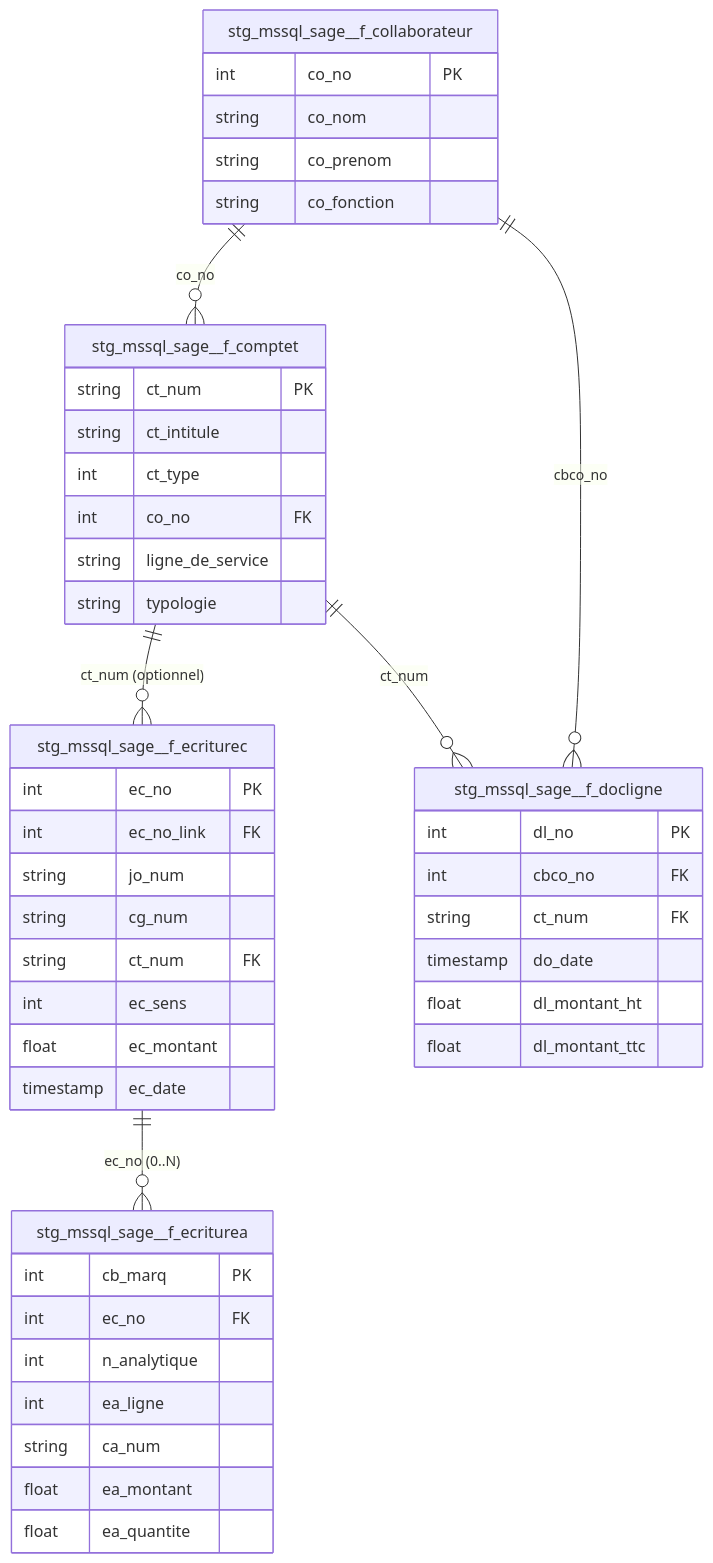
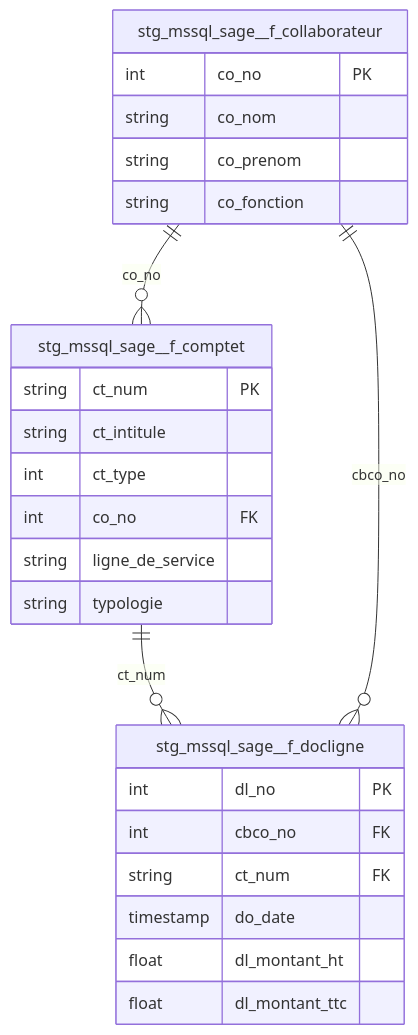
Before and after one commit to CebrailEVS/dbt_transform: the second of 3 diagrams in docs/architecture/mssql_sage.md, drawn with Mermaid. The commit also changed other lines of this file, not shown here.

Commit message:
docs(mssql_sage): split accounting and Nunshen commerce into independent ERDs
The accounting domain (f_ecriturec, f_ecriturea) and the Nunshen commerce
domain (f_comptet, f_collaborateur, f_docligne) share only the Sage source
system, not a functional relationship. The previous diagram incorrectly
suggested a usable FK between f_comptet.ct_num and f_ecriturec.ct_num,
whereas these are two different tier spaces (Nunshen-only vs all BUs and
suppliers).

Changes:
- Two separate mermaid ER blocks, one per domain
- Overview section clarifies the independence
- Removed the misleading f_comptet -> f_ecriturec row from the FK coverage
  table and added an explicit warning against joining the two

````diff
--- a/docs/architecture/mssql_sage.md
+++ b/docs/architecture/mssql_sage.md
@@ -93,64 +143,37 @@
 ```mermaid
 erDiagram
-
-    stg_mssql_sage__f_ecriturec {
-        int ec_no PK
-        int ec_no_link FK
-        string jo_num
-        string cg_num
-        string ct_num FK
-        int ec_sens
-        float ec_montant
-        timestamp ec_date
-    }
-
-    stg_mssql_sage__f_ecriturea {
-        int cb_marq PK
-        int ec_no FK
-        int n_analytique
-        int ea_ligne
-        string ca_num
-        float ea_montant
-        float ea_quantite
-    }
 
     stg_mssql_sage__f_comptet {
         string ct_num PK
         string ct_intitule
         int ct_type
         int co_no FK
         string ligne_de_service
         string typologie
     }
 
     stg_mssql_sage__f_collaborateur {
         int co_no PK
         string co_nom
         string co_prenom
         string co_fonction
     }
 
     stg_mssql_sage__f_docligne {
         int dl_no PK
         int cbco_no FK
         string ct_num FK
         timestamp do_date
         float dl_montant_ht
         float dl_montant_ttc
     }
 
-    %% Écritures : analytique ventile la comptable
-    stg_mssql_sage__f_ecriturec ||--o{ stg_mssql_sage__f_ecriturea : "ec_no (0..N)"
-
     %% Comptes tiers → collaborateur (commercial attribué)
     stg_mssql_sage__f_collaborateur ||--o{ stg_mssql_sage__f_comptet : "co_no"
 
     %% Docligne → comptet (client)
     stg_mssql_sage__f_comptet ||--o{ stg_mssql_sage__f_docligne : "ct_num"
 
     %% Docligne → collaborateur (vendeur)
     stg_mssql_sage__f_collaborateur ||--o{ stg_mssql_sage__f_docligne : "cbco_no"
-
-    %% Écritures comptables → tiers (optionnel : OD/banque n'ont pas de tiers)
-    stg_mssql_sage__f_comptet ||--o{ stg_mssql_sage__f_ecriturec : "ct_num (optionnel)"
 ```
````
